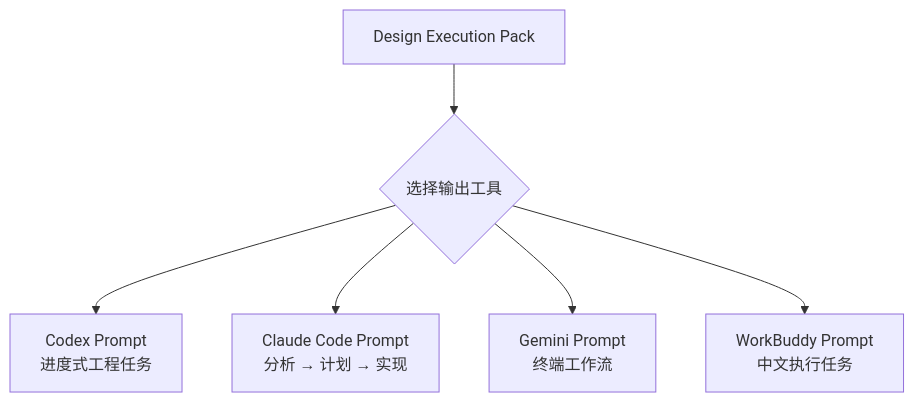
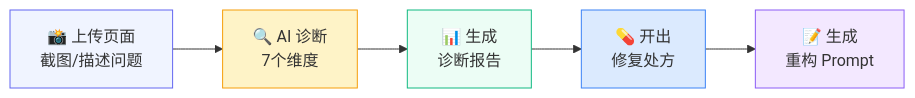
The sixth of 17 diagrams in README.md (liuanye9-lab/vibe-design-translator), drawn with Mermaid before and after one commit. The commit also changed other lines of this file, not shown here.

````diff
--- a/README.md
+++ b/README.md
@@ -272,8 +141,13 @@
 ```mermaid
-flowchart TD
-    A[Design Execution Pack] --> B{选择输出工具}
-    B --> C[Codex Prompt<br/>进度式工程任务]
-    B --> D[Claude Code Prompt<br/>分析 → 计划 → 实现]
-    B --> E[Gemini Prompt<br/>终端工作流]
-    B --> F[WorkBuddy Prompt<br/>中文执行任务]
+graph LR
+    A["📸 上传页面<br/>截图/描述问题"] --> B["🔍 AI 诊断<br/>7个维度"]
+    B --> C["📊 生成<br/>诊断报告"]
+    C --> D["💊 开出<br/>修复处方"]
+    D --> E["📝 生成<br/>重构 Prompt"]
+    
+    style A fill:#f0f4ff,stroke:#6366f1
+    style B fill:#fef3c7,stroke:#f59e0b
+    style C fill:#ecfdf5,stroke:#10b981
+    style D fill:#dbeafe,stroke:#3b82f6
+    style E fill:#f3e8ff,stroke:#8b5cf6
 ```
````
